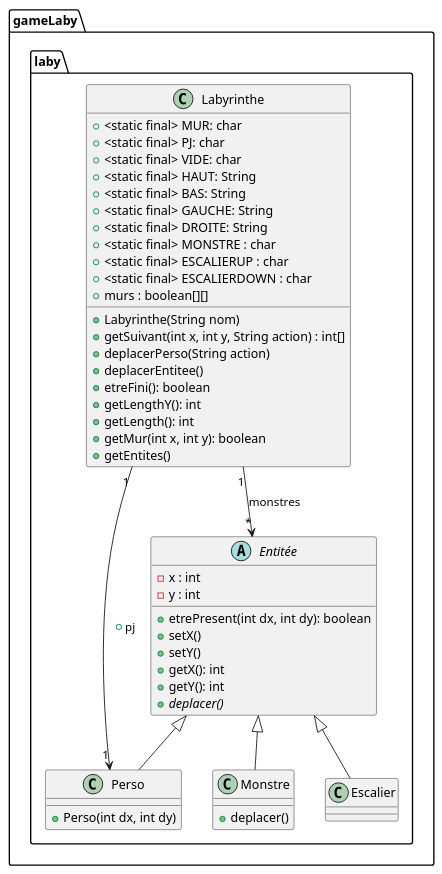
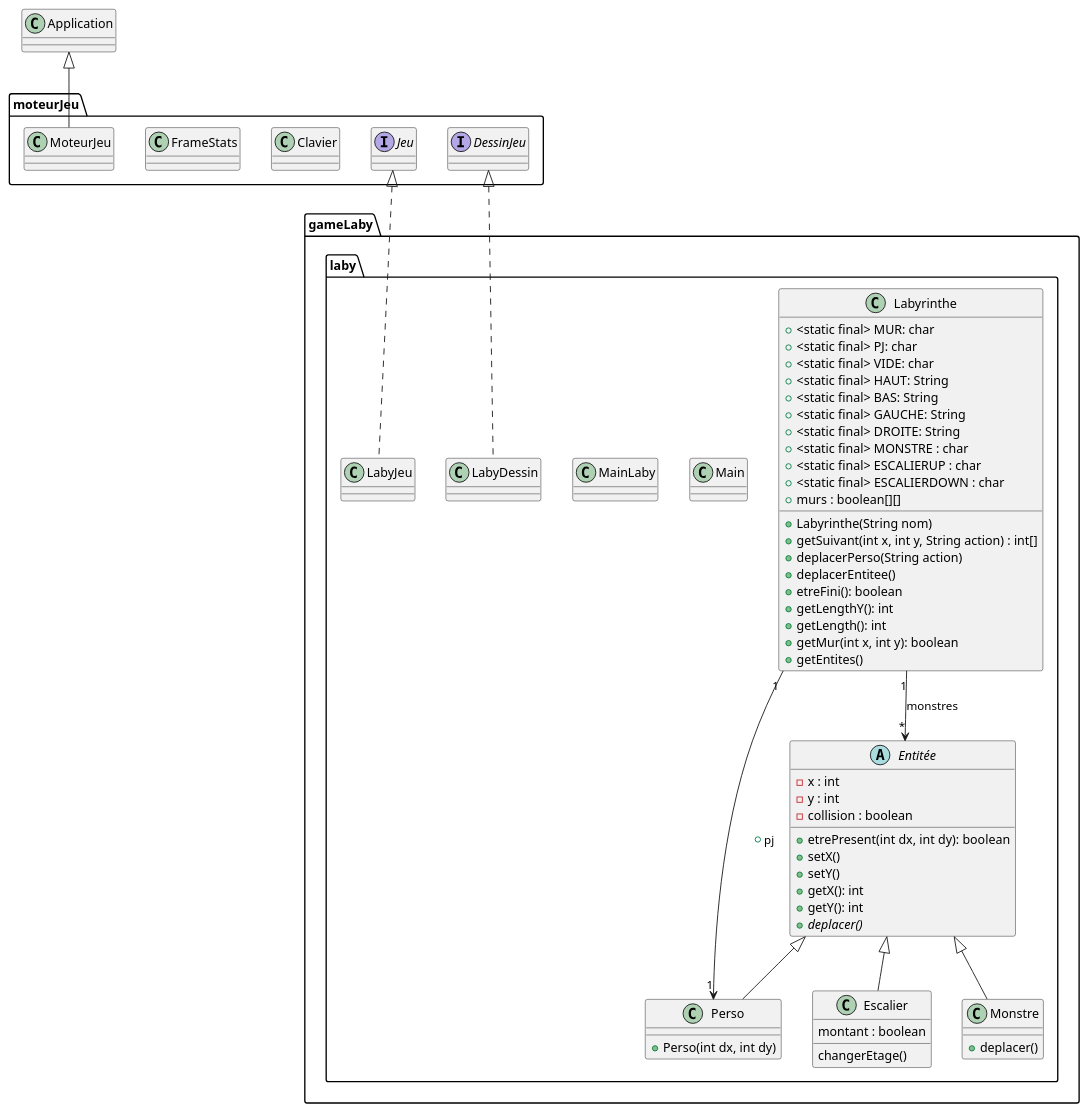
One commit to celie-ponroy/2023_S2.01_Zeldiablo_ponroy_roth_prykhodko_bortolotti changed the diagram in zeldiablo/documents/version_3/diagclass_laby.puml. Above: the diagram before and after it, drawn with PlantUML. The commit also changed 3 other files, not shown here.

Commit message:
modif des diagrammes de classe et seq

```diff
--- a/zeldiablo/documents/version_3/diagclass_laby.puml
+++ b/zeldiablo/documents/version_3/diagclass_laby.puml
@@ -1,51 +1,78 @@
 @startuml
 package gameLaby.laby{
 class Labyrinthe{
 + <static final> MUR: char
 + <static final> PJ: char
 + <static final> VIDE: char
 + <static final> HAUT: String
 + <static final> BAS: String
 + <static final> GAUCHE: String
 + <static final> DROITE: String
 + <static final> MONSTRE : char
 + <static final> ESCALIERUP : char
 + <static final> ESCALIERDOWN : char
 + murs : boolean[][]
 + Labyrinthe(String nom)
 + getSuivant(int x, int y, String action) : int[]
 + deplacerPerso(String action)
 + deplacerEntitee()
 + etreFini(): boolean
 + getLengthY(): int
 + getLength(): int
 + getMur(int x, int y): boolean
 + getEntites()
 
 }
+class Main{
+}
+class MainLaby{
+}
 class Perso{
 +Perso(int dx, int dy)
 }
 Abstract class Entitée{
 - x : int
 - y : int
+- collision : boolean
 + etrePresent(int dx, int dy): boolean
 +setX()
 +setY()
 +getX(): int
 +getY(): int
 +{abstract}deplacer()
 }
 class Monstre{
 +deplacer()
 }
 class Escalier{
+montant : boolean
+changerEtage()
+}
+class LabyJeu{
+}
+class LabyDessin{
+}
+}
 
+
+package moteurJeu{
+interface Jeu{
+}
+interface DessinJeu{
+}
+class Clavier{
+}
+class FrameStats{
+}
+class MoteurJeu{
 }
 }
 Labyrinthe "1" --> "*" Entitée : monstres
 Labyrinthe "1" --> "1" Perso : + pj
 Entitée <|-- Monstre
 Entitée <|-- Perso
 Entitée <|-- Escalier
+Jeu <|.. LabyJeu
+DessinJeu <|.. LabyDessin
+Application <|-- MoteurJeu
 @enduml
```
